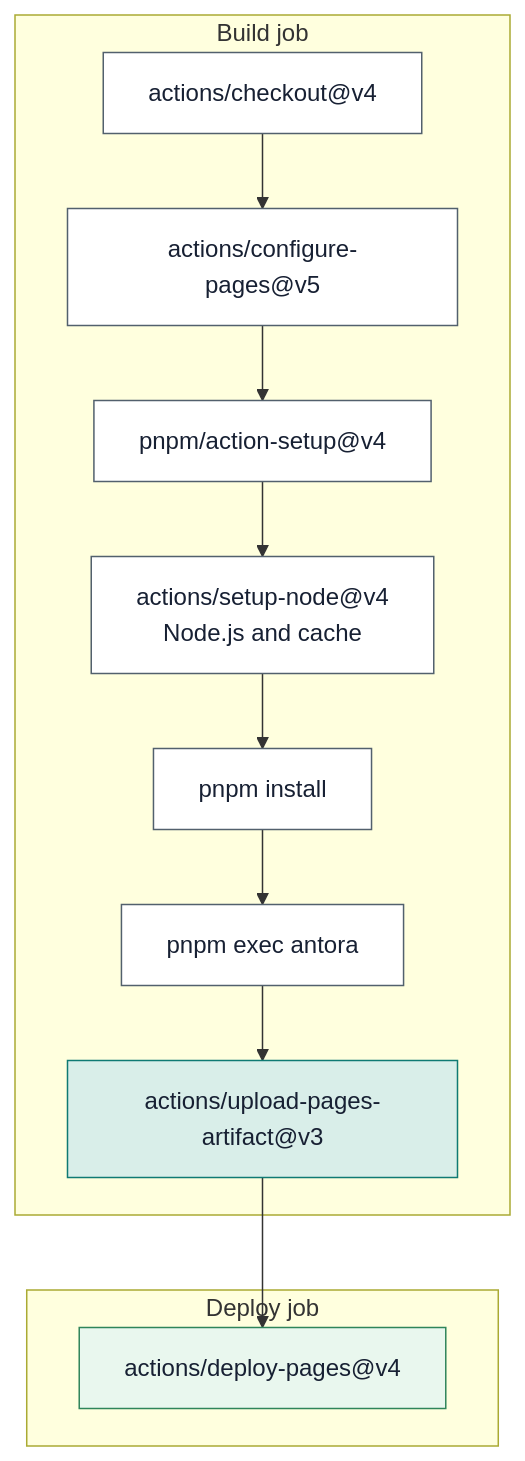
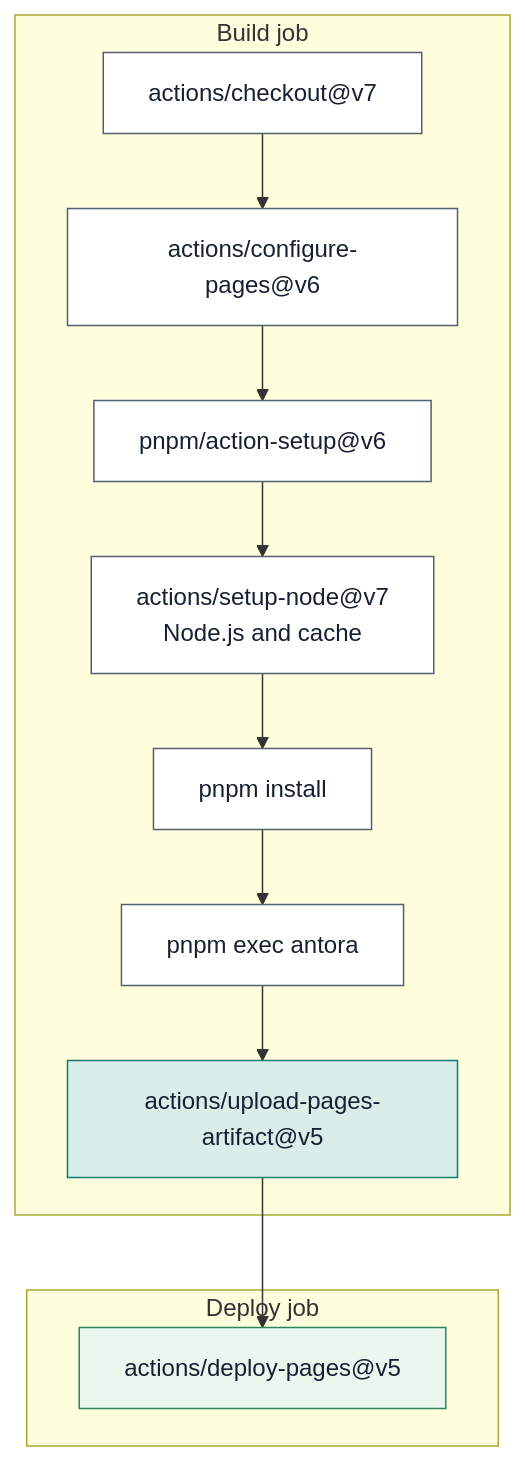
One commit to FoodTruckNerdz/docs changed the diagram in docs/modules/ROOT/images/diagrams/complete-workflow/complete-workflow.mmd. Above: the diagram before and after it, drawn with Mermaid. The commit also changed 6 other files, not shown here.

First line of the commit message:
docs: show the Node.js 24 action majors in the GitHub Actions guides

```diff
--- a/docs/modules/ROOT/images/diagrams/complete-workflow/complete-workflow.mmd
+++ b/docs/modules/ROOT/images/diagrams/complete-workflow/complete-workflow.mmd
@@ -1,23 +1,23 @@
 flowchart TB
   subgraph build["Build job"]
-    checkout["actions/checkout@v4"] --> pages["actions/configure-pages@v5"]
-    pages --> pnpm["pnpm/action-setup@v4"]
-    pnpm --> node["actions/setup-node@v4<br/>Node.js and cache"]
+    checkout["actions/checkout@v7"] --> pages["actions/configure-pages@v6"]
+    pages --> pnpm["pnpm/action-setup@v6"]
+    pnpm --> node["actions/setup-node@v7<br/>Node.js and cache"]
     node --> install["pnpm install"]
     install --> antora["pnpm exec antora"]
-    antora --> upload["actions/upload-pages-artifact@v3"]
+    antora --> upload["actions/upload-pages-artifact@v5"]
   end
   subgraph deployjob["Deploy job"]
-    deploy["actions/deploy-pages@v4"]
+    deploy["actions/deploy-pages@v5"]
   end
   upload --> deploy
   class checkout,pages,pnpm,node,install,antora primary
   class upload accent
   class deploy success
 
   classDef primary fill:#ffffff,stroke:#52606d,color:#172033
   classDef secondary fill:#e8edf2,stroke:#52606d,color:#172033
   classDef accent fill:#d9eee9,stroke:#0f7a73,color:#172033
   classDef success fill:#e9f7ee,stroke:#2f855a,color:#172033
   classDef warning fill:#fff4df,stroke:#b7791f,color:#172033
   classDef danger fill:#fde8e7,stroke:#c53030,color:#172033
```
